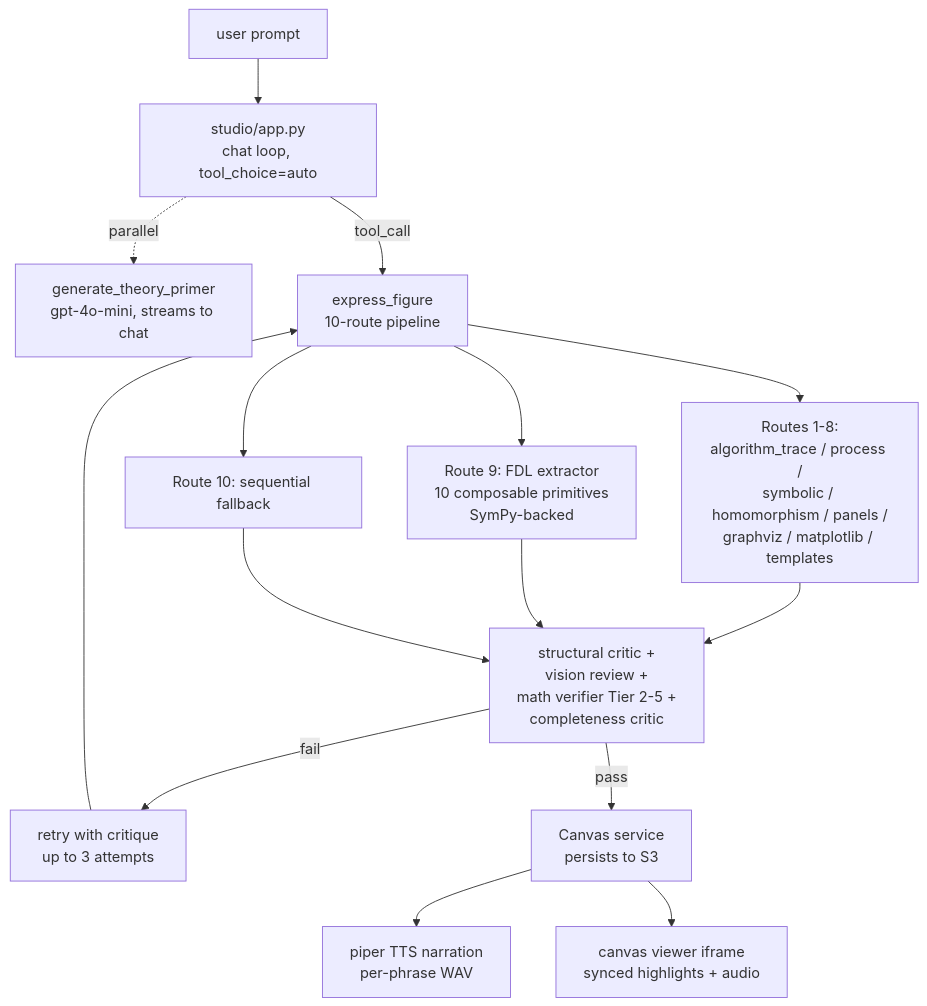
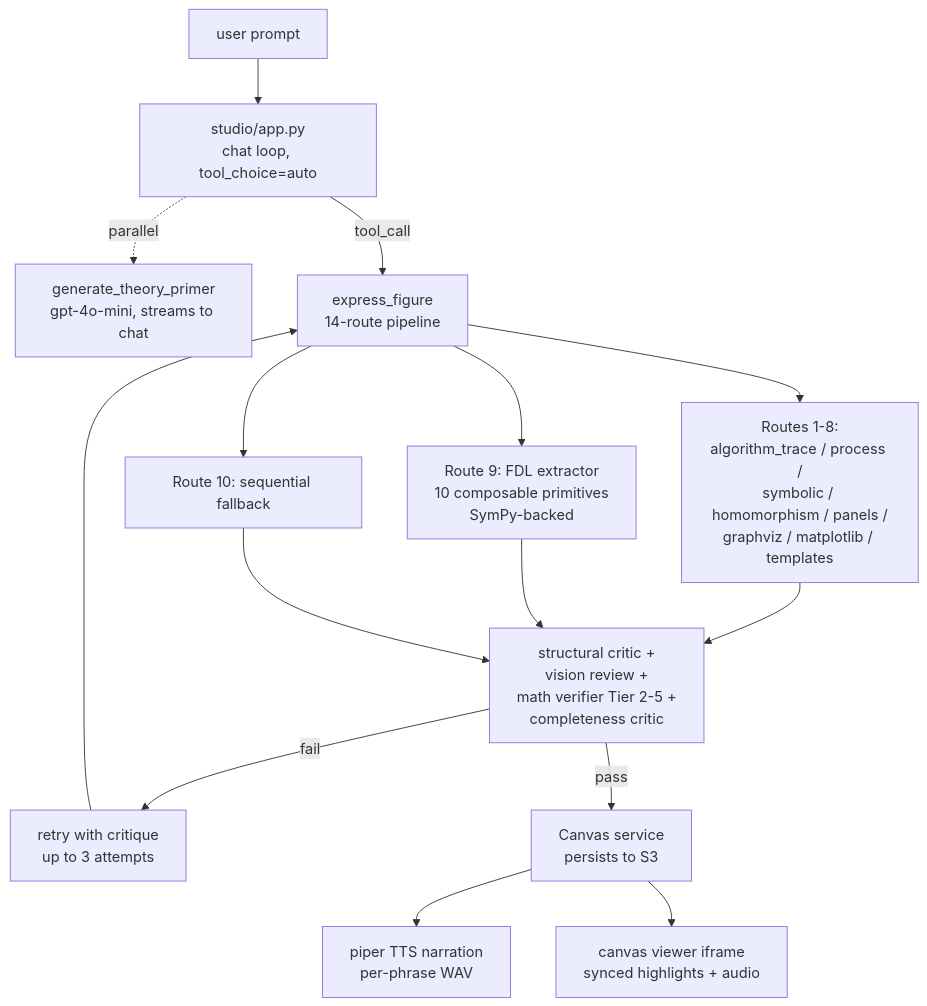
The diagram in README.md (khayyam-math/khayyam-math), drawn with Mermaid before and after one commit. The commit also changed other lines of this file, not shown here.

````diff
--- a/README.md
+++ b/README.md
@@ -386,17 +392,17 @@
 ```mermaid
 flowchart TB
     U[user prompt] --> APP[studio/app.py<br/>chat loop, tool_choice=auto]
     APP -.parallel.-> PRIMER[generate_theory_primer<br/>gpt-4o-mini, streams to chat]
-    APP -->|tool_call| EXP[express_figure<br/>10-route pipeline]
+    APP -->|tool_call| EXP[express_figure<br/>14-route pipeline]
     EXP --> DET[Routes 1-8:<br/>algorithm_trace / process /<br/>symbolic / homomorphism / panels /<br/>graphviz / matplotlib / templates]
     EXP --> FDL[Route 9: FDL extractor<br/>10 composable primitives<br/>SymPy-backed]
     EXP --> SEQ[Route 10: sequential fallback]
     DET --> Q[structural critic +<br/>vision review +<br/>math verifier Tier 2-5 +<br/>completeness critic]
     FDL --> Q
     SEQ --> Q
     Q -->|fail| RETRY[retry with critique<br/>up to 3 attempts]
     RETRY --> EXP
     Q -->|pass| CANVAS[Canvas service<br/>persists to S3]
     CANVAS --> PIPER[piper TTS narration<br/>per-phrase WAV]
     CANVAS --> VIEWER[canvas viewer iframe<br/>synced highlights + audio]
 ```
````
